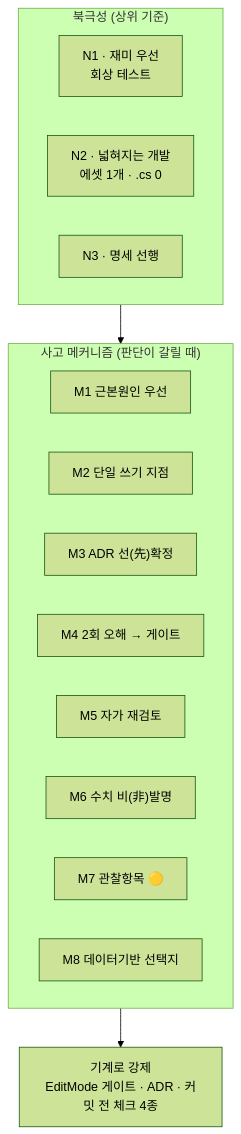
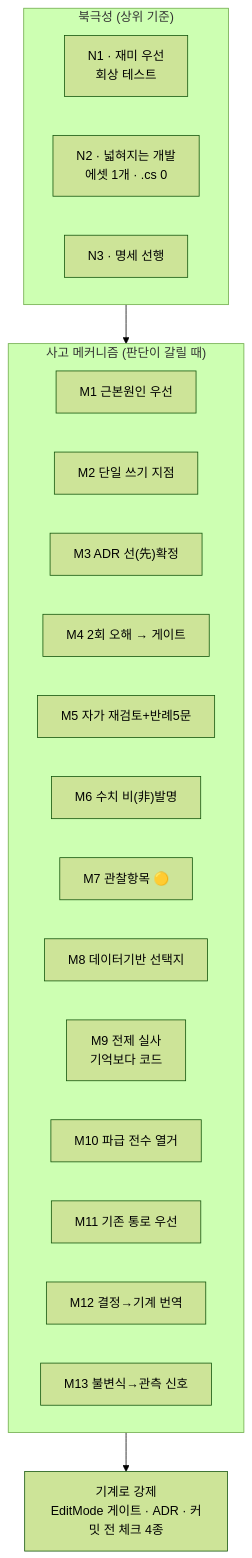
One commit to jhyun1234/AI_GOAP changed the first of 2 diagrams in Docs/개발_방법론_명세서.md. Above: the diagram before and after it, drawn with Mermaid (forest theme). The commit also changed other lines of this file and 1 other file, not shown here.

````diff
--- a/Docs/개발_방법론_명세서.md
+++ b/Docs/개발_방법론_명세서.md
@@ -69,20 +74,25 @@
 ```mermaid
 flowchart TD
     subgraph NS["북극성 (상위 기준)"]
         N1["N1 · 재미 우선<br/>회상 테스트"]
         N2["N2 · 넓혀지는 개발<br/>에셋 1개 · .cs 0"]
         N3["N3 · 명세 선행"]
     end
     subgraph MECH["사고 메커니즘 (판단이 갈릴 때)"]
         M1["M1 근본원인 우선"]
         M2["M2 단일 쓰기 지점"]
         M3["M3 ADR 선(先)확정"]
         M4["M4 2회 오해 → 게이트"]
-        M5["M5 자가 재검토"]
+        M5["M5 자가 재검토+반례5문"]
         M6["M6 수치 비(非)발명"]
         M7["M7 관찰항목 🟡"]
         M8["M8 데이터기반 선택지"]
+        M9["M9 전제 실사<br/>기억보다 코드"]
+        M10["M10 파급 전수 열거"]
+        M11["M11 기존 통로 우선"]
+        M12["M12 결정→기계 번역"]
+        M13["M13 불변식→관측 신호"]
     end
     Guard["기계로 강제<br/>EditMode 게이트 · ADR · 커밋 전 체크 4종"]
     NS --> MECH --> Guard
 ```
````
